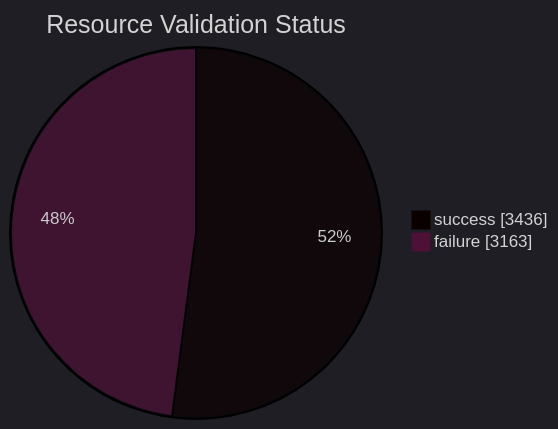
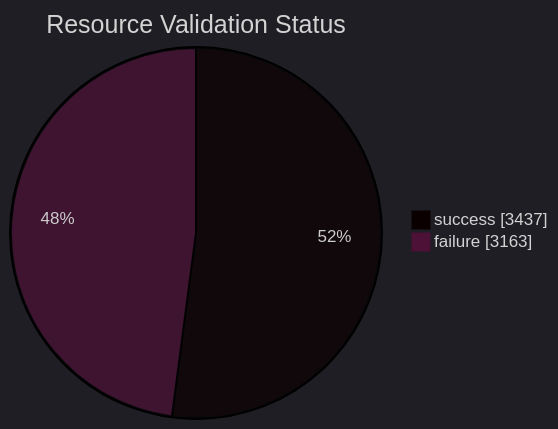
The diagram in datastore_tracker/resource_validation_status_pie_chart.md (open-data/analytics-corporate-reporting), drawn with Mermaid before and after one commit. The commit also changed 7 other files, not shown here.

````diff
--- a/datastore_tracker/resource_validation_status_pie_chart.md
+++ b/datastore_tracker/resource_validation_status_pie_chart.md
@@ -2,9 +2,9 @@
 ```mermaid
 ---
 config:
   theme: dark
 ---
 pie showData title Resource Validation Status
-    "success": 3436
+    "success": 3437
     "failure": 3163
 ```
````
